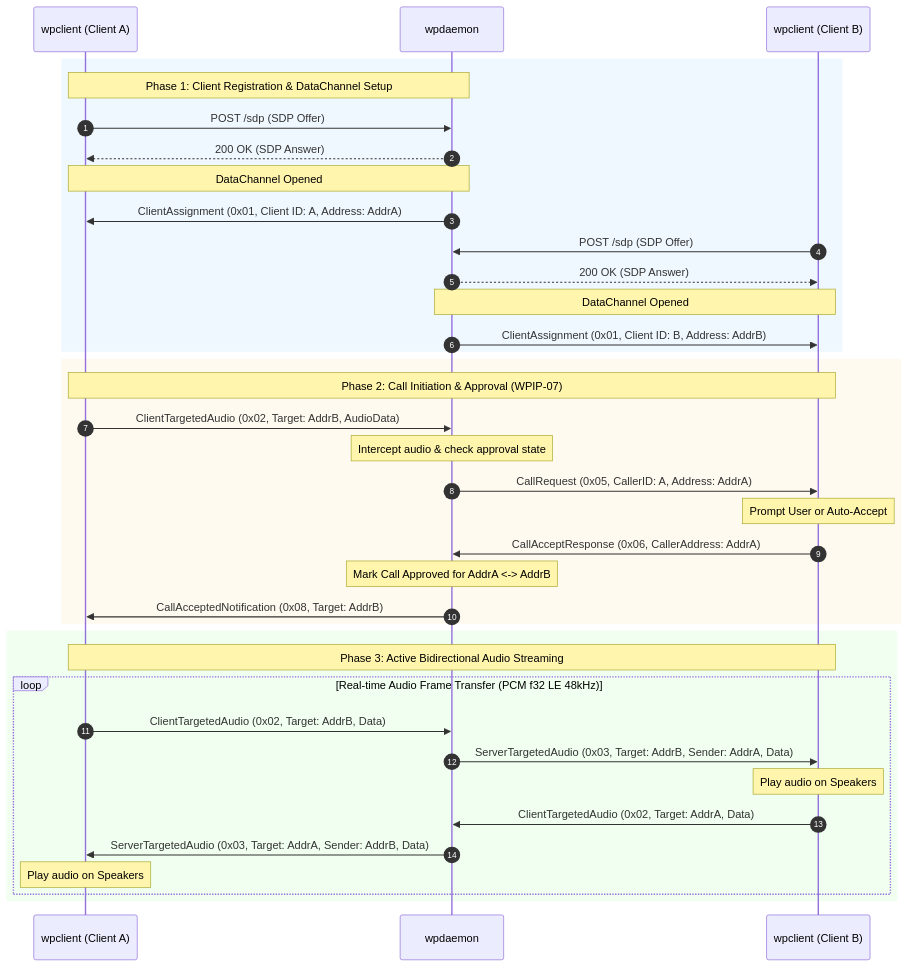
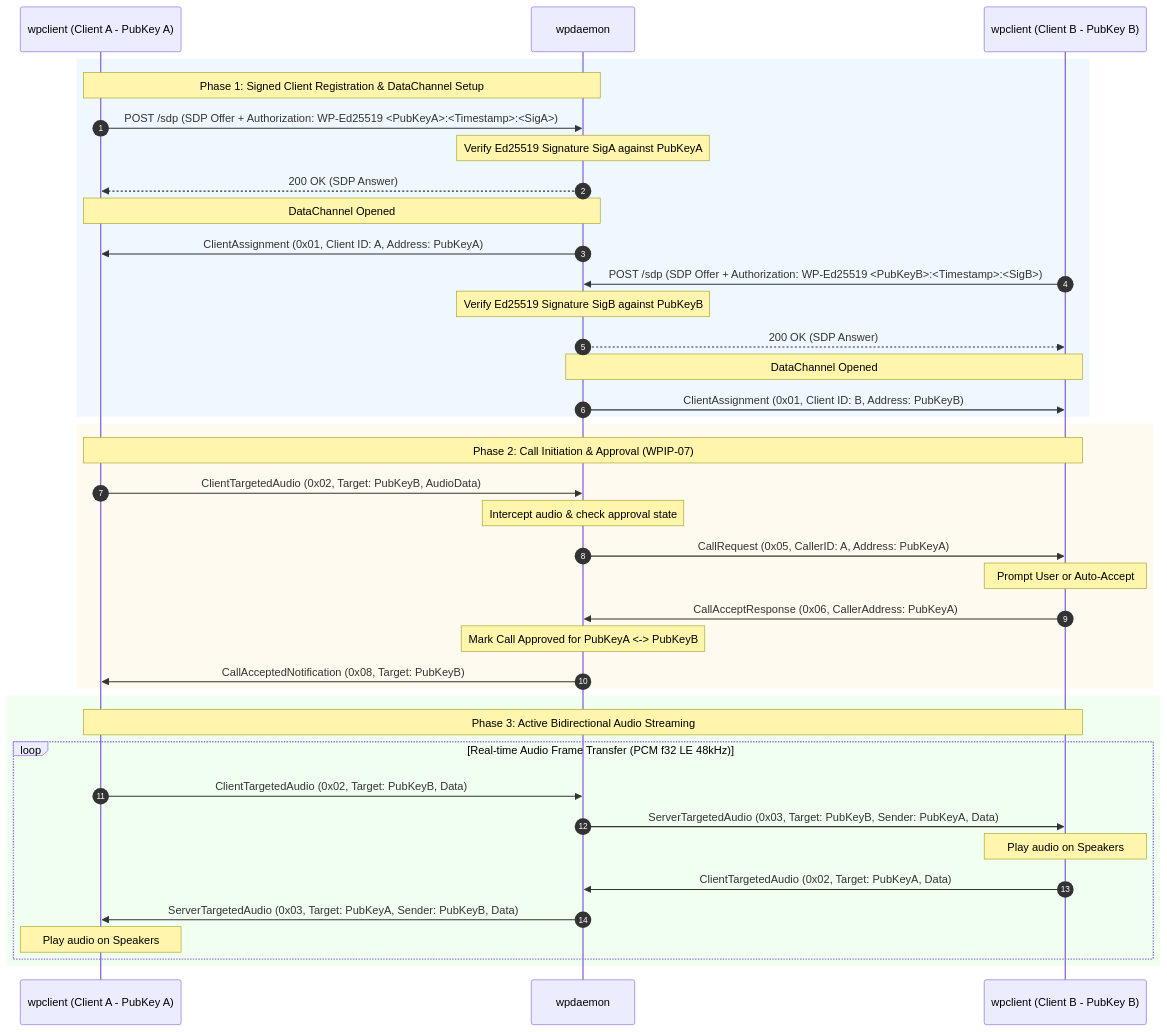
Before and after one commit to haruki7049/web-phone: the second of 2 diagrams in docs/WPIP-01.md, drawn with Mermaid. The commit also changed other lines of this file and 7 other files, not shown here.

````diff
--- a/docs/WPIP-01.md
+++ b/docs/WPIP-01.md
@@ -60,47 +72,49 @@
 ```mermaid
 sequenceDiagram
     autonumber
-    participant ClientA as wpclient (Client A)
+    participant ClientA as wpclient (Client A - PubKey A)
     participant Daemon as wpdaemon
-    participant ClientB as wpclient (Client B)
+    participant ClientB as wpclient (Client B - PubKey B)
 
-    %% Phase 1: Client Registration
+    %% Phase 1: Signed Registration
     rect rgb(240, 248, 255)
-    Note over ClientA,Daemon: Phase 1: Client Registration & DataChannel Setup
-    ClientA->>Daemon: POST /sdp (SDP Offer)
+    Note over ClientA,Daemon: Phase 1: Signed Client Registration & DataChannel Setup
+    ClientA->>Daemon: POST /sdp (SDP Offer + Authorization: WP-Ed25519 <PubKeyA>:<Timestamp>:<SigA>)
+    Note over Daemon: Verify Ed25519 Signature SigA against PubKeyA
     Daemon-->>ClientA: 200 OK (SDP Answer)
     Note over ClientA,Daemon: DataChannel Opened
-    Daemon->>ClientA: ClientAssignment (0x01, Client ID: A, Address: AddrA)
+    Daemon->>ClientA: ClientAssignment (0x01, Client ID: A, Address: PubKeyA)
 
-    ClientB->>Daemon: POST /sdp (SDP Offer)
+    ClientB->>Daemon: POST /sdp (SDP Offer + Authorization: WP-Ed25519 <PubKeyB>:<Timestamp>:<SigB>)
+    Note over Daemon: Verify Ed25519 Signature SigB against PubKeyB
     Daemon-->>ClientB: 200 OK (SDP Answer)
     Note over ClientB,Daemon: DataChannel Opened
-    Daemon->>ClientB: ClientAssignment (0x01, Client ID: B, Address: AddrB)
+    Daemon->>ClientB: ClientAssignment (0x01, Client ID: B, Address: PubKeyB)
     end
 
     %% Phase 2: Call Control & Approval
     rect rgb(255, 250, 240)
     Note over ClientA,ClientB: Phase 2: Call Initiation & Approval (WPIP-07)
-    ClientA->>Daemon: ClientTargetedAudio (0x02, Target: AddrB, AudioData)
+    ClientA->>Daemon: ClientTargetedAudio (0x02, Target: PubKeyB, AudioData)
     Note over Daemon: Intercept audio & check approval state
-    Daemon->>ClientB: CallRequest (0x05, CallerID: A, Address: AddrA)
+    Daemon->>ClientB: CallRequest (0x05, CallerID: A, Address: PubKeyA)
     Note over ClientB: Prompt User or Auto-Accept
-    ClientB->>Daemon: CallAcceptResponse (0x06, CallerAddress: AddrA)
-    Note over Daemon: Mark Call Approved for AddrA <-> AddrB
-    Daemon->>ClientA: CallAcceptedNotification (0x08, Target: AddrB)
+    ClientB->>Daemon: CallAcceptResponse (0x06, CallerAddress: PubKeyA)
+    Note over Daemon: Mark Call Approved for PubKeyA <-> PubKeyB
+    Daemon->>ClientA: CallAcceptedNotification (0x08, Target: PubKeyB)
     end
 
     %% Phase 3: Bidirectional Streaming
     rect rgb(240, 255, 240)
     Note over ClientA,ClientB: Phase 3: Active Bidirectional Audio Streaming
     loop Real-time Audio Frame Transfer (PCM f32 LE 48kHz)
-        ClientA->>Daemon: ClientTargetedAudio (0x02, Target: AddrB, Data)
-        Daemon->>ClientB: ServerTargetedAudio (0x03, Target: AddrB, Sender: AddrA, Data)
+        ClientA->>Daemon: ClientTargetedAudio (0x02, Target: PubKeyB, Data)
+        Daemon->>ClientB: ServerTargetedAudio (0x03, Target: PubKeyB, Sender: PubKeyA, Data)
         Note over ClientB: Play audio on Speakers
 
-        ClientB->>Daemon: ClientTargetedAudio (0x02, Target: AddrA, Data)
-        Daemon->>ClientA: ServerTargetedAudio (0x03, Target: AddrA, Sender: AddrB, Data)
+        ClientB->>Daemon: ClientTargetedAudio (0x02, Target: PubKeyA, Data)
+        Daemon->>ClientA: ServerTargetedAudio (0x03, Target: PubKeyA, Sender: PubKeyB, Data)
         Note over ClientA: Play audio on Speakers
     end
     end
 ```
````
